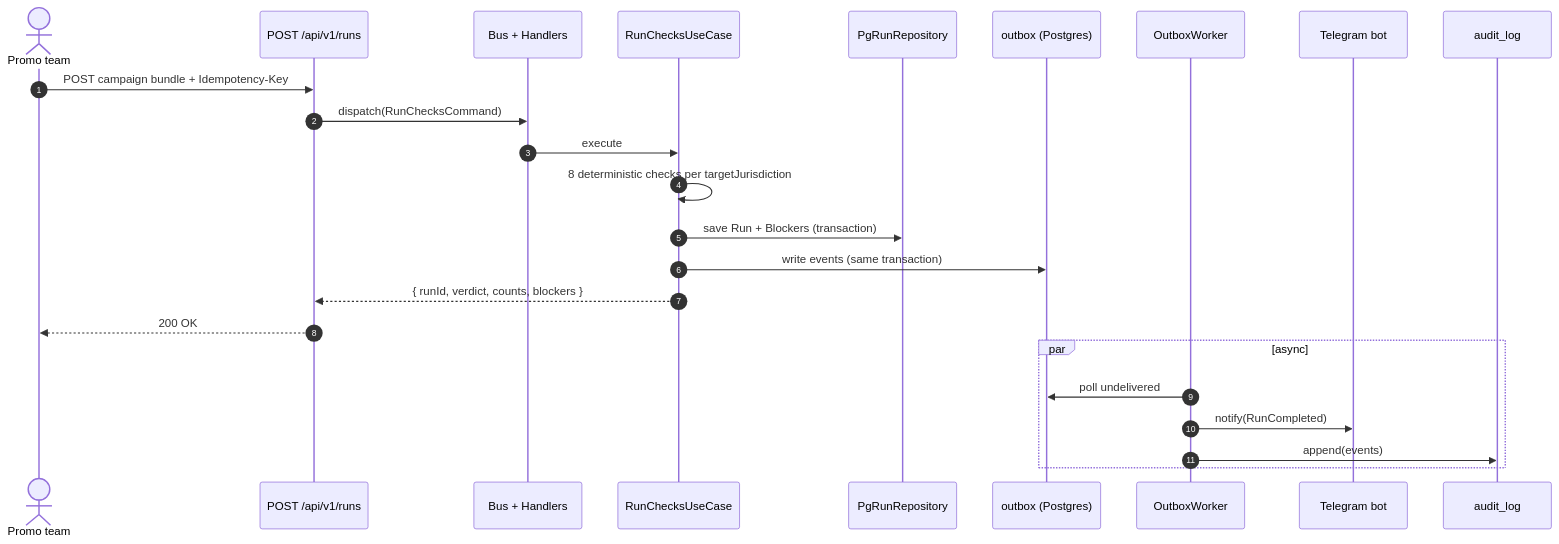
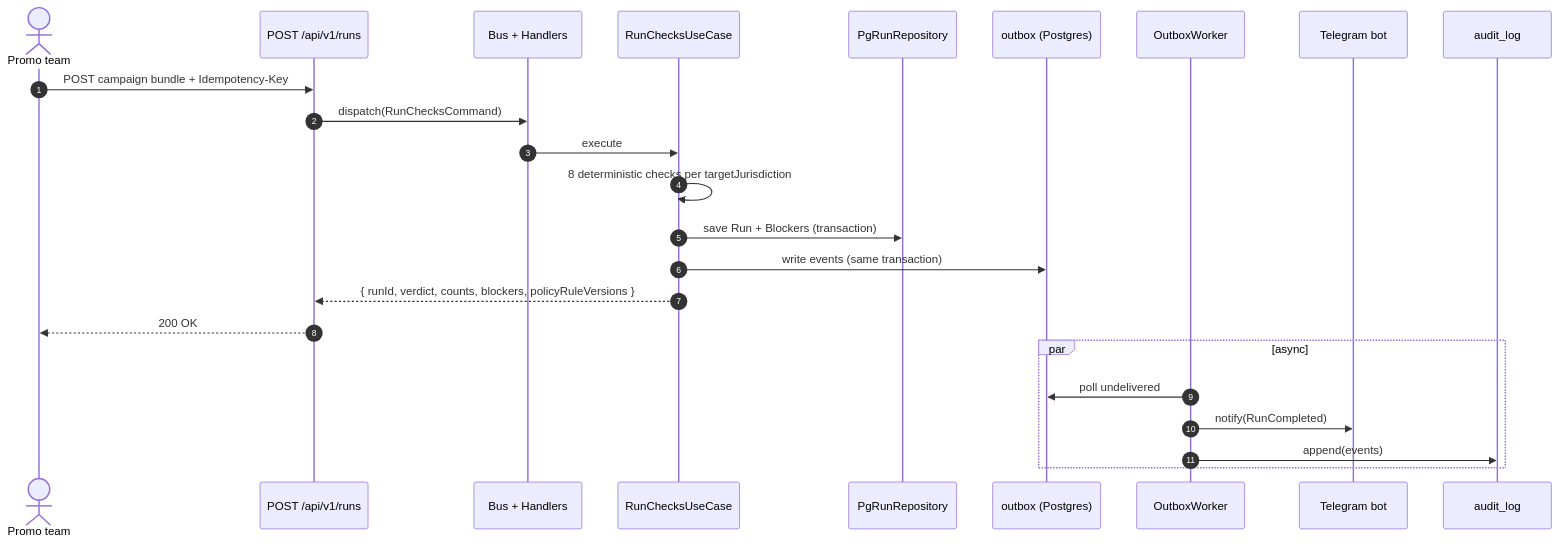
Before and after one commit to UlaYuga/promo-preflight: the first of 2 diagrams in README.md, drawn with Mermaid. The commit also changed other lines of this file and 36 other files, not shown here.

````diff
--- a/README.md
+++ b/README.md
@@ -64,27 +66,27 @@
 ```mermaid
 sequenceDiagram
     autonumber
     actor Promo as Promo team
     participant API as POST /api/v1/runs
     participant Bus as Bus + Handlers
     participant Run as RunChecksUseCase
     participant Repo as PgRunRepository
     participant Outbox as outbox (Postgres)
     participant Worker as OutboxWorker
     participant TG as Telegram bot
     participant Audit as audit_log
 
     Promo->>API: POST campaign bundle + Idempotency-Key
     API->>Bus: dispatch(RunChecksCommand)
     Bus->>Run: execute
     Run->>Run: 8 deterministic checks per targetJurisdiction
     Run->>Repo: save Run + Blockers (transaction)
     Run->>Outbox: write events (same transaction)
-    Run-->>API: { runId, verdict, counts, blockers }
+    Run-->>API: { runId, verdict, counts, blockers, policyRuleVersions }
     API-->>Promo: 200 OK
     par async
         Worker->>Outbox: poll undelivered
         Worker->>TG: notify(RunCompleted)
         Worker->>Audit: append(events)
     end
 ```
````
